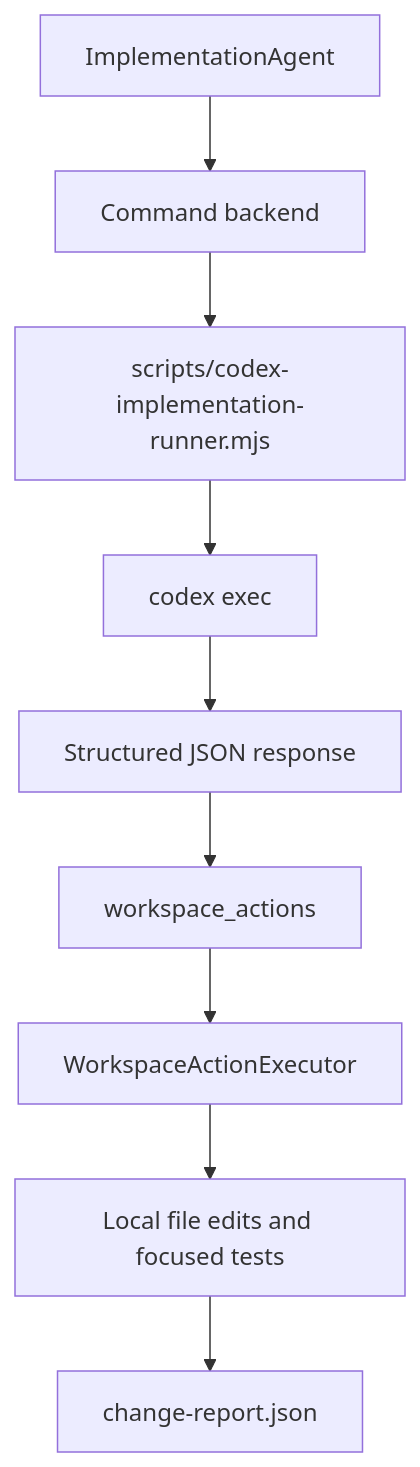
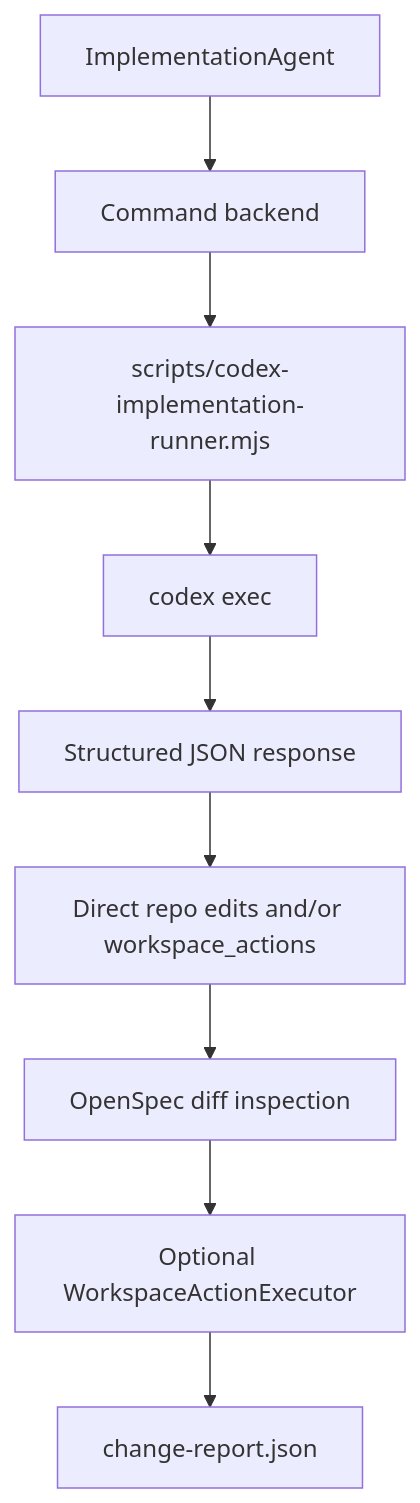
The diagram in docs/agentic-runtime/CODEX-CLI.md (embrana/AutomateIA), drawn with Mermaid before and after one commit. The commit also changed other lines of this file and 7 other files, not shown here.

````diff
--- a/docs/agentic-runtime/CODEX-CLI.md
+++ b/docs/agentic-runtime/CODEX-CLI.md
@@ -21,11 +21,11 @@
 ```mermaid
 flowchart TD
   A["ImplementationAgent"] --> B["Command backend"]
   B --> C["scripts/codex-implementation-runner.mjs"]
   C --> D["codex exec"]
   D --> E["Structured JSON response"]
-  E --> F["workspace_actions"]
-  F --> G["WorkspaceActionExecutor"]
-  G --> H["Local file edits and focused tests"]
+  E --> F["Direct repo edits and/or workspace_actions"]
+  F --> G["OpenSpec diff inspection"]
+  G --> H["Optional WorkspaceActionExecutor"]
   H --> I["change-report.json"]
 ```
````
